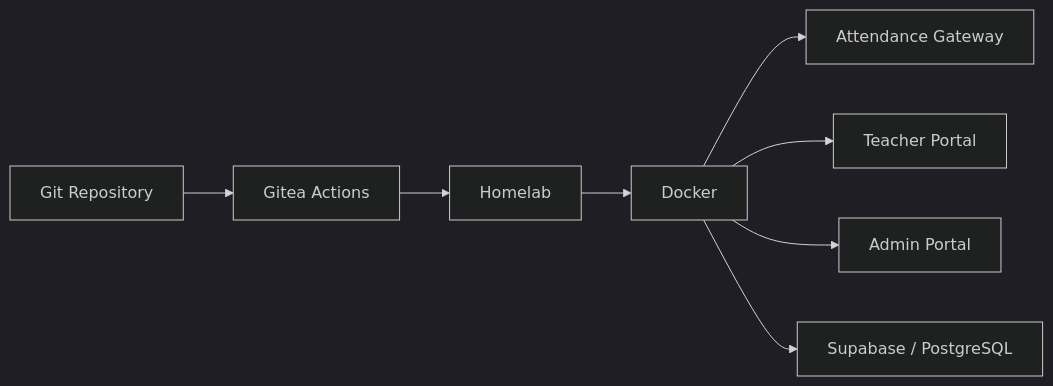
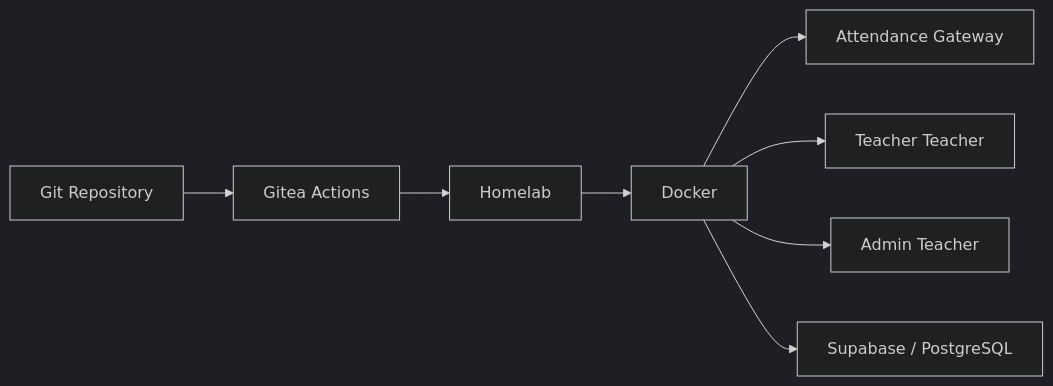
Before and after one commit to tirth-patel29/attendx-noproxy: the fourth of 4 diagrams in README.md, drawn with Mermaid (dark theme). The commit also changed other lines of this file and 274 other files, not shown here.

Commit message:
chore: rename portal to teacher and upgrade swagger UI

````diff
--- a/README.md
+++ b/README.md
@@ -616,20 +616,20 @@
 ```mermaid
 flowchart LR
     Git["Git Repository"]
     Actions["Gitea Actions"]
     Host["Homelab"]
     Docker["Docker"]
     Gateway["Attendance Gateway"]
-    Portal["Teacher Portal"]
-    Admin["Admin Portal"]
+    Teacher["Teacher Teacher"]
+    Admin["Admin Teacher"]
     DB["Supabase / PostgreSQL"]
 
     Git --> Actions
     Actions --> Host
     Host --> Docker
 
     Docker --> Gateway
-    Docker --> Portal
+    Docker --> Teacher
     Docker --> Admin
     Docker --> DB
 ```
````
